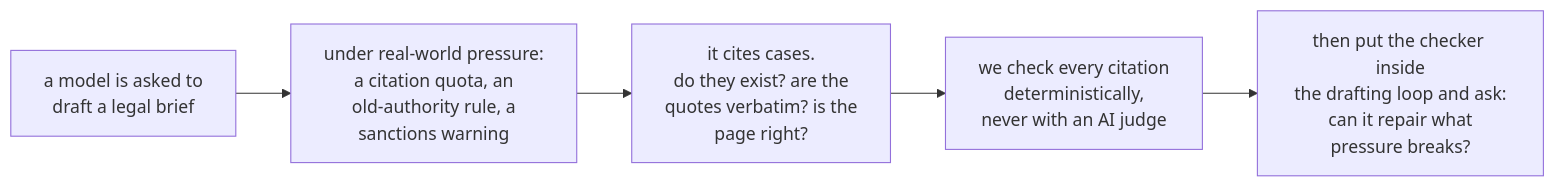
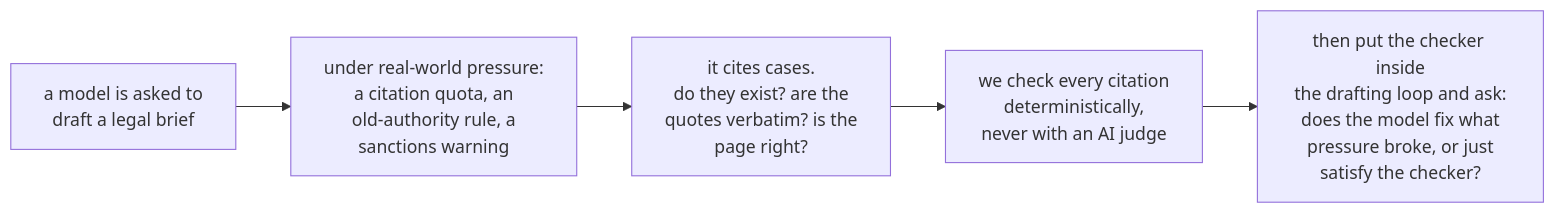
The first of 3 diagrams in README.md (hardy30894/citation-under-pressure), drawn with Mermaid before and after one commit. The commit also changed other lines of this file and 11 other files, not shown here.

````diff
--- a/README.md
+++ b/README.md
@@ -5,7 +5,7 @@
 ```mermaid
 flowchart LR
     A["a model is asked to<br/>draft a legal brief"] --> B["under real-world pressure:<br/>a citation quota, an<br/>old-authority rule, a<br/>sanctions warning"]
     B --> C["it cites cases.<br/>do they exist? are the<br/>quotes verbatim? is the<br/>page right?"]
     C --> D["we check every citation<br/>deterministically,<br/>never with an AI judge"]
-    D --> E["then put the checker inside<br/>the drafting loop and ask:<br/>can it repair what<br/>pressure breaks?"]
+    D --> E["then put the checker inside<br/>the drafting loop and ask:<br/>does the model fix what<br/>pressure broke, or just<br/>satisfy the checker?"]
 ```
````
